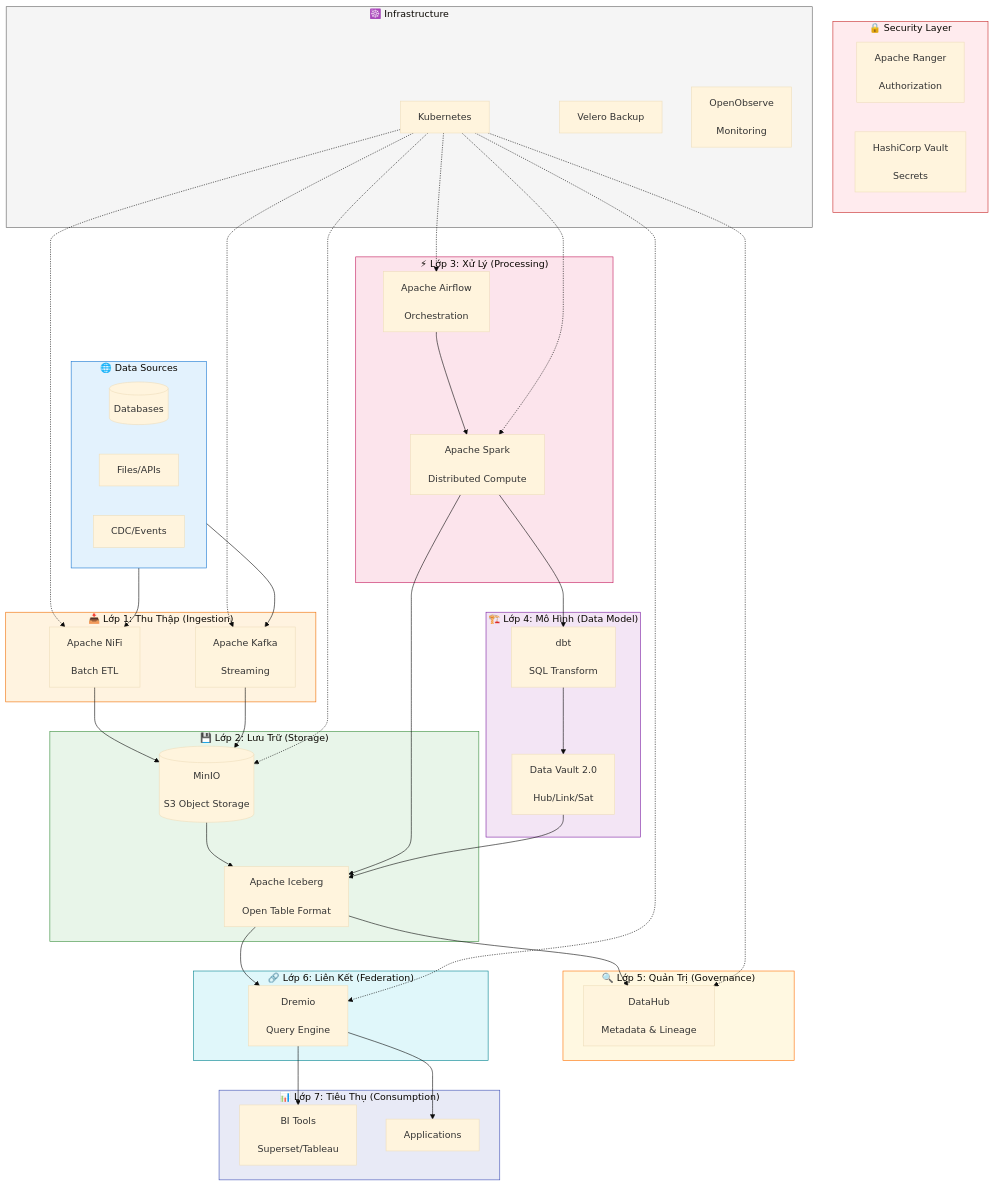
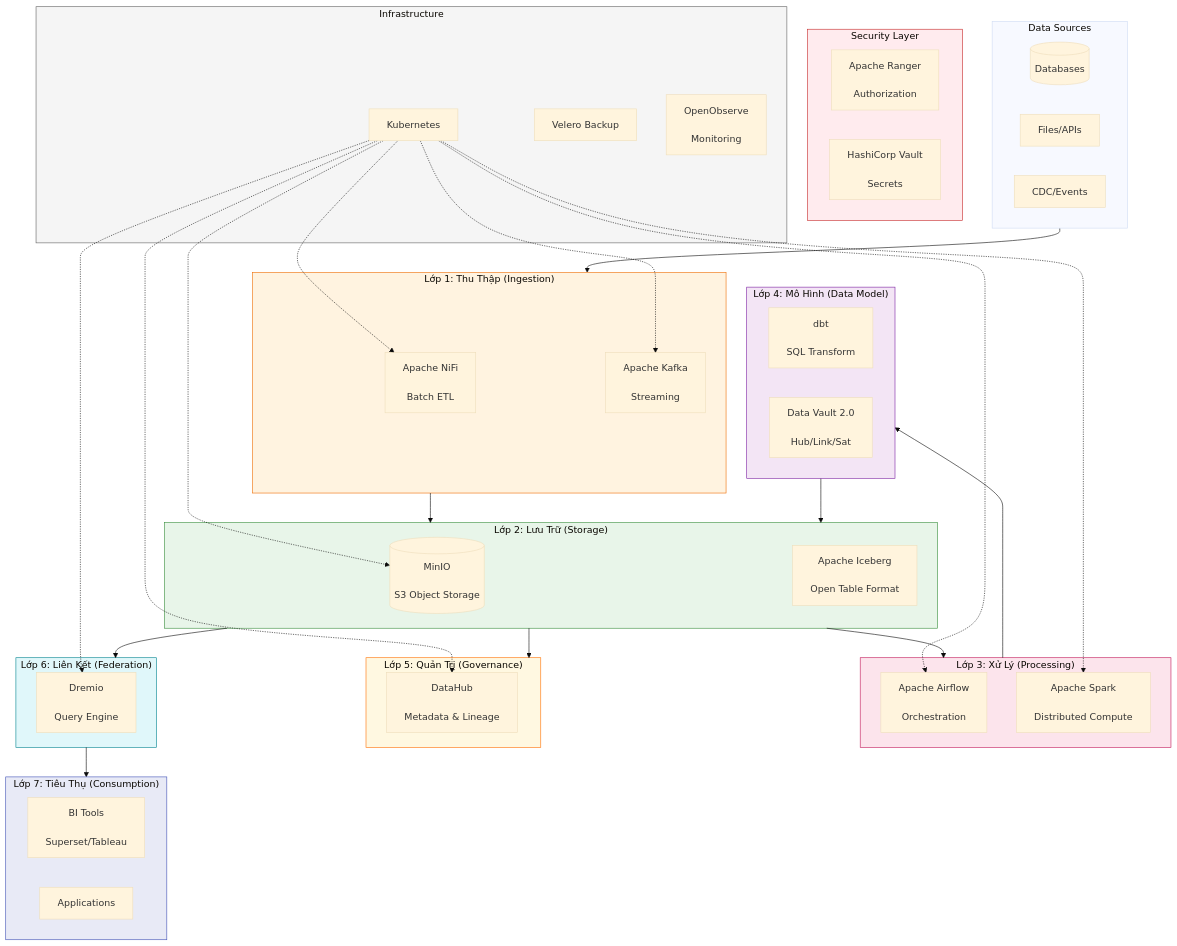
One commit to trangtoan293/hanas-doc changed the first of 2 diagrams in website/docs/00-overview/architecture.md. Above: the diagram before and after it, drawn with Mermaid (base theme). The commit also changed 4 other files, not shown here.

````diff
--- a/website/docs/00-overview/architecture.md
+++ b/website/docs/00-overview/architecture.md
@@ -5,90 +5,77 @@
 ```mermaid
 flowchart TB
-    subgraph Sources["🌐 Data Sources"]
+    subgraph Sources["Data Sources"]
         DB[(Databases)]
         Files[Files/APIs]
         CDC[CDC/Events]
     end
     
-    subgraph L1["📥 Lớp 1: Thu Thập (Ingestion)"]
+    subgraph L1["Lớp 1: Thu Thập (Ingestion)"]
         NiFi[Apache NiFi
         <br/>Batch ETL]
         Kafka[Apache Kafka
         <br/>Streaming]
     end
     
-    subgraph L2["💾 Lớp 2: Lưu Trữ (Storage)"]
+    subgraph L2["Lớp 2: Lưu Trữ (Storage)"]
         MinIO[(MinIO
         <br/>S3 Object Storage)]
         Iceberg[Apache Iceberg
         <br/>Open Table Format]
     end
     
-    subgraph L3["⚡ Lớp 3: Xử Lý (Processing)"]
+    subgraph L3["Lớp 3: Xử Lý (Processing)"]
         Airflow[Apache Airflow
         <br/>Orchestration]
         Spark[Apache Spark
         <br/>Distributed Compute]
     end
     
-    subgraph L4["🏗️ Lớp 4: Mô Hình (Data Model)"]
+    subgraph L4["Lớp 4: Mô Hình (Data Model)"]
         dbt[dbt
         <br/>SQL Transform]
         DV[Data Vault 2.0
         <br/>Hub/Link/Sat]
     end
     
-    subgraph L5["🔍 Lớp 5: Quản Trị (Governance)"]
+    subgraph L5["Lớp 5: Quản Trị (Governance)"]
         DataHub[DataHub
         <br/>Metadata & Lineage]
     end
     
-    subgraph L6["🔗 Lớp 6: Liên Kết (Federation)"]
+    subgraph L6["Lớp 6: Liên Kết (Federation)"]
         Dremio[Dremio
         <br/>Query Engine]
     end
     
-    subgraph L7["📊 Lớp 7: Tiêu Thụ (Consumption)"]
+    subgraph L7["Lớp 7: Tiêu Thụ (Consumption)"]
         BI[BI Tools
         <br/>Superset/Tableau]
         Apps[Applications]
     end
     
-    subgraph Security["🔒 Security Layer"]
+    subgraph Security["Security Layer"]
         Ranger[Apache Ranger
         <br/>Authorization]
         Vault[HashiCorp Vault
         <br/>Secrets]
     end
     
-    subgraph Infra["☸️ Infrastructure"]
+    subgraph Infra["Infrastructure"]
         K8s[Kubernetes]
         Velero[Velero Backup]
         OO[OpenObserve
         <br/>Monitoring]
     end
     
-    Sources --> NiFi
-    Sources --> Kafka
-    
-    NiFi --> MinIO
-    Kafka --> MinIO
-    
-    MinIO --> Iceberg
-    
-    Airflow --> Spark
-    Spark --> Iceberg
-    
-    Spark --> dbt
-    dbt --> DV
-    DV --> Iceberg
-    
-    Iceberg --> DataHub
-    
-    Iceberg --> Dremio
-    Dremio --> BI
-    Dremio --> Apps
-    
+    Sources --> L1
+    L1 --> L2
+    L2 --> L3
+    L3 --> L4
+    L4 --> L2
+    L2 --> L5
+    L2 --> L6
+    L6 --> L7
     K8s -.-> NiFi
     K8s -.-> Kafka
     K8s -.-> MinIO
@@ -96,8 +83,6 @@
     K8s -.-> Spark
     K8s -.-> Dremio
     K8s -.-> DataHub
-    
-    style Sources fill:#e3f2fd,stroke:#1976d2
     style L1 fill:#fff3e0,stroke:#ef6c00
     style L2 fill:#e8f5e9,stroke:#388e3c
     style L3 fill:#fce4ec,stroke:#c2185b
````
